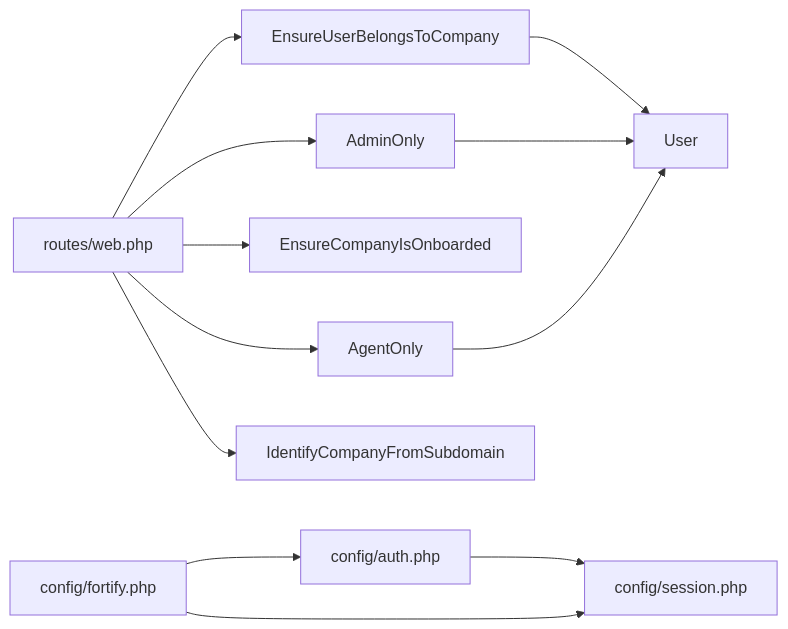
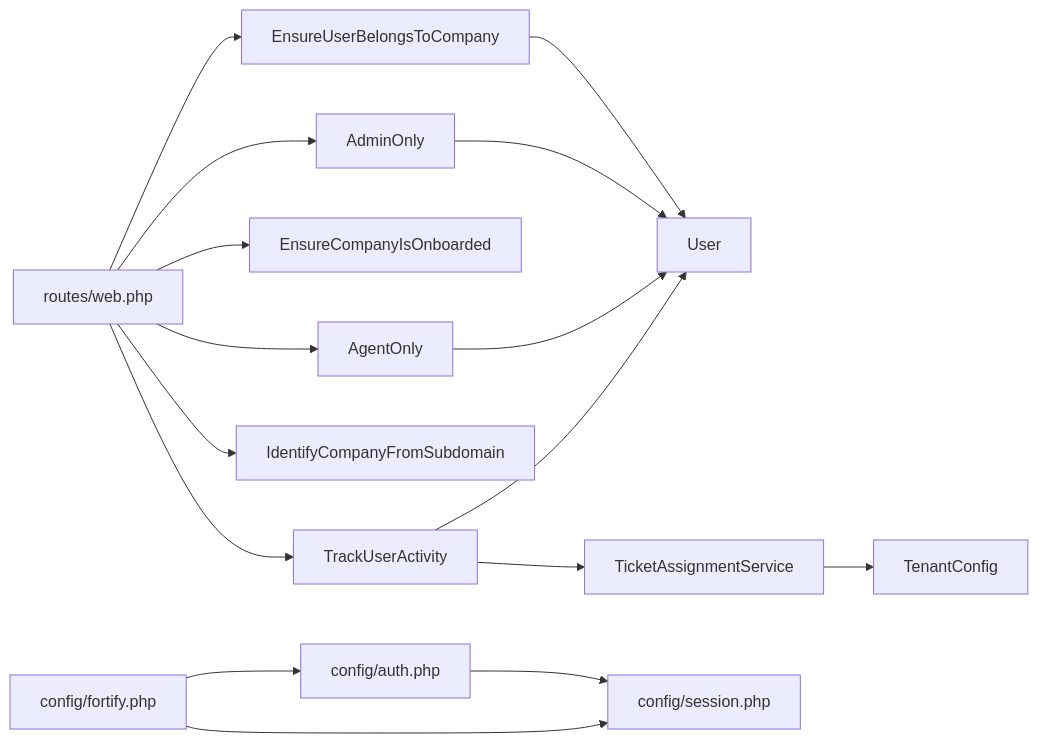
One commit to younesgamer68/helpdesk-system changed the ninth of 9 diagrams in .qoder/repowiki/en/content/Middleware & Security/Middleware & Security.md. Above: the diagram before and after it, drawn with Mermaid. The commit also changed other lines of this file and 210 other files, not shown here.

````diff
--- a/.qoder/repowiki/en/content/Middleware & Security/Middleware & Security.md
+++ b/.qoder/repowiki/en/content/Middleware & Security/Middleware & Security.md
@@ -354,14 +435,18 @@
 ```mermaid
 graph LR
 R["routes/web.php"] --> M1["AdminOnly"]
 R --> M2["AgentOnly"]
 R --> M3["EnsureCompanyIsOnboarded"]
 R --> M4["EnsureUserBelongsToCompany"]
 R --> M5["IdentifyCompanyFromSubdomain"]
+R --> M6["TrackUserActivity"]
 M4 --> U["User"]
 M1 --> U
 M2 --> U
+M6 --> U
+M6 --> TAS["TicketAssignmentService"]
+TAS --> TC["TenantConfig"]
 CAuth["config/auth.php"] --> CSess["config/session.php"]
 CFort["config/fortify.php"] --> CAuth
 CFort --> CSess
 ```
````
